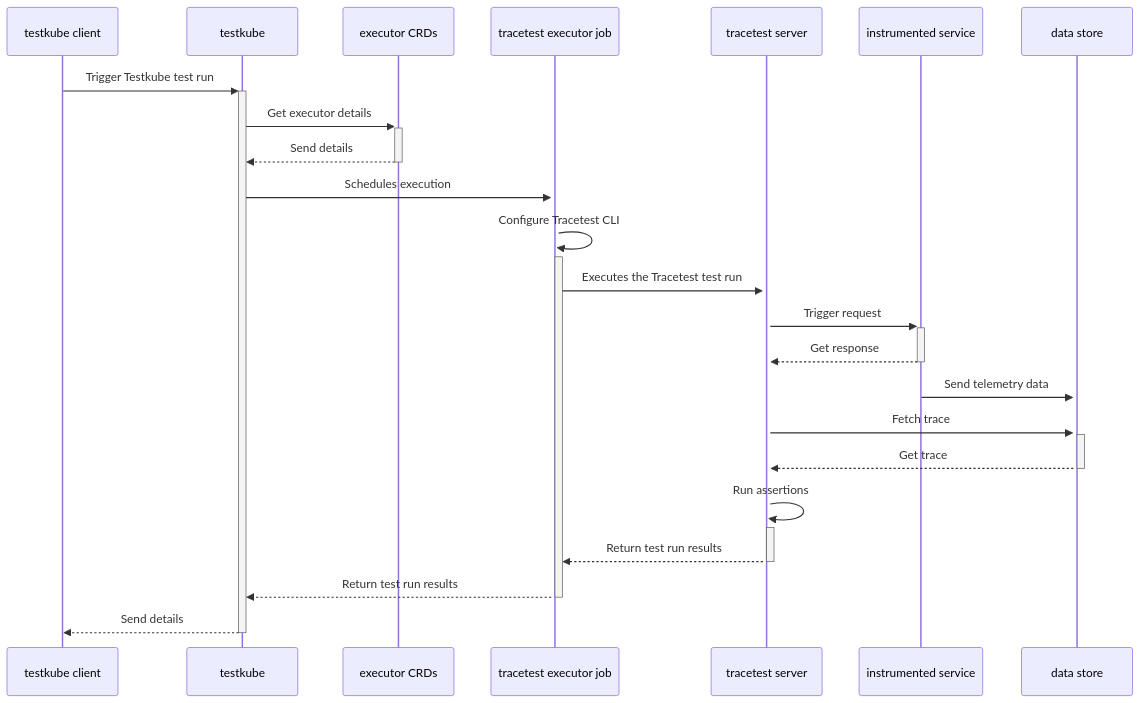
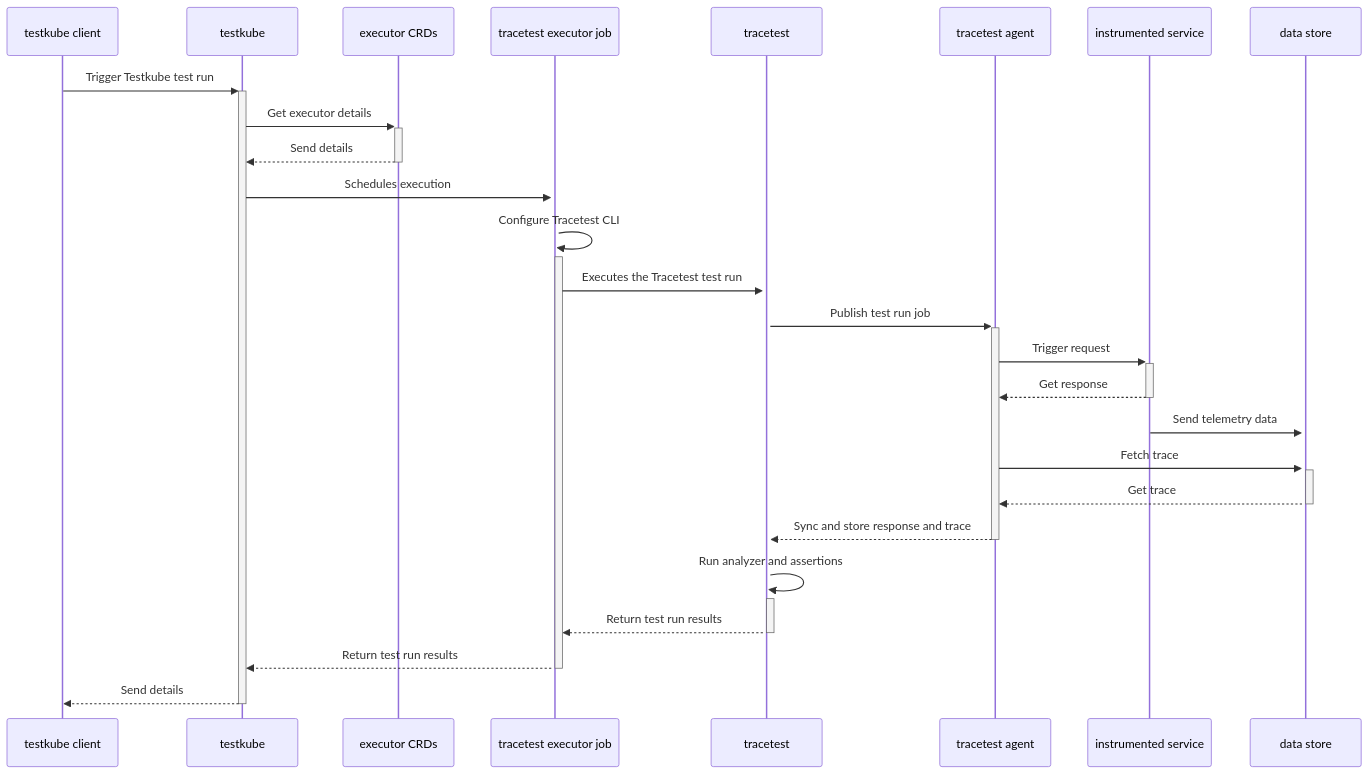
One commit to kubeshop/tracetest changed the diagram in docs/docs/tools-and-integrations/testkube.mdx. Above: the diagram before and after it, drawn with Mermaid. The commit also changed other lines of this file and 2 other files, not shown here.

````diff
--- a/docs/docs/tools-and-integrations/testkube.mdx
+++ b/docs/docs/tools-and-integrations/testkube.mdx
@@ -39,18 +50,20 @@
 ```mermaid
 sequenceDiagram
     testkube client->>+testkube: Trigger Testkube test run
     testkube->>+executor CRDs: Get executor details
     executor CRDs-->>-testkube: Send details
     testkube->>+tracetest executor job: Schedules execution
     tracetest executor job->>+tracetest executor job: Configure Tracetest CLI
-    tracetest executor job->>+tracetest server: Executes the Tracetest test run
-    tracetest server->>+instrumented service: Trigger request
-    instrumented service-->>-tracetest server: Get response
+    tracetest executor job->>+tracetest: Executes the Tracetest test run
+    tracetest->>+tracetest agent: Publish test run job
+    tracetest agent->>+instrumented service: Trigger request
+    instrumented service-->>-tracetest agent: Get response
     instrumented service->>+data store: Send telemetry data
-    tracetest server->>+data store: Fetch trace
-    data store-->>-tracetest server: Get trace
-    tracetest server->>+tracetest server: Run assertions
-    tracetest server-->>-tracetest executor job: Return test run results
+    tracetest agent->>+data store: Fetch trace
+    data store-->>-tracetest agent: Get trace
+    tracetest agent-->>-tracetest: Sync and store response and trace
+    tracetest->>+tracetest: Run analyzer and assertions
+    tracetest-->>-tracetest executor job: Return test run results
     tracetest executor job-->>-testkube: Return test run results
     testkube-->>-testkube client: Send details
 ```
````
